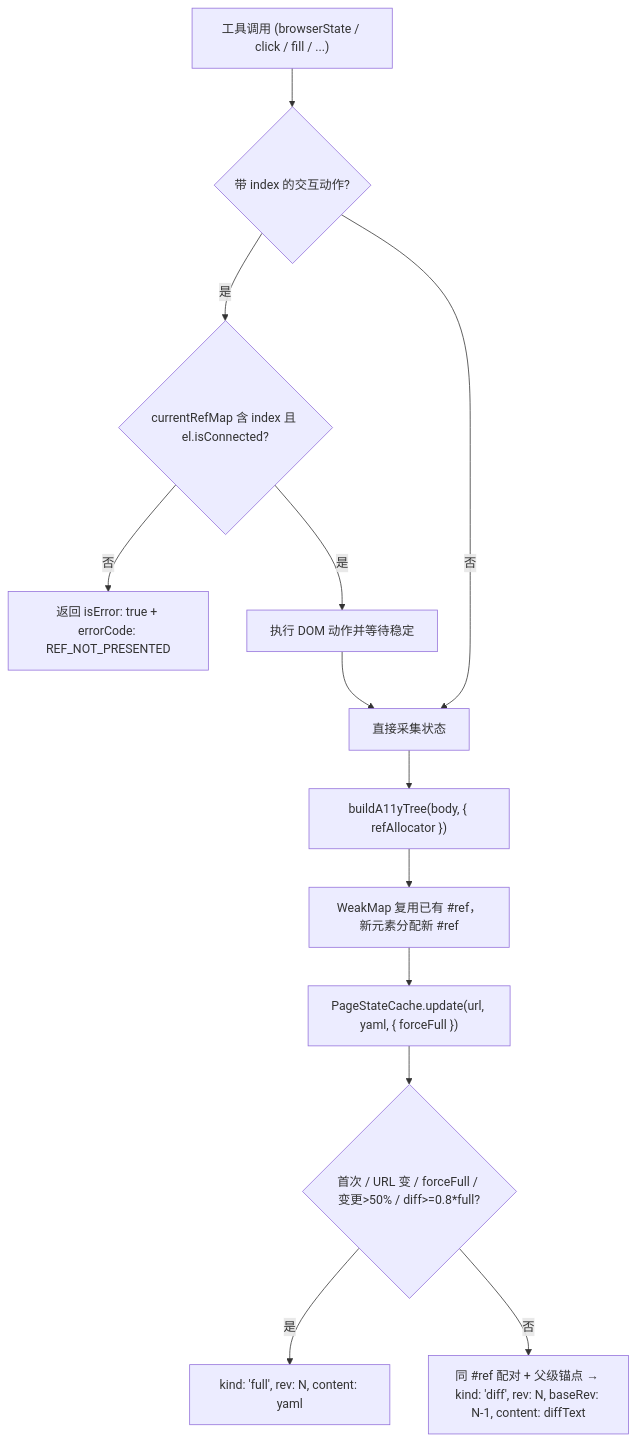
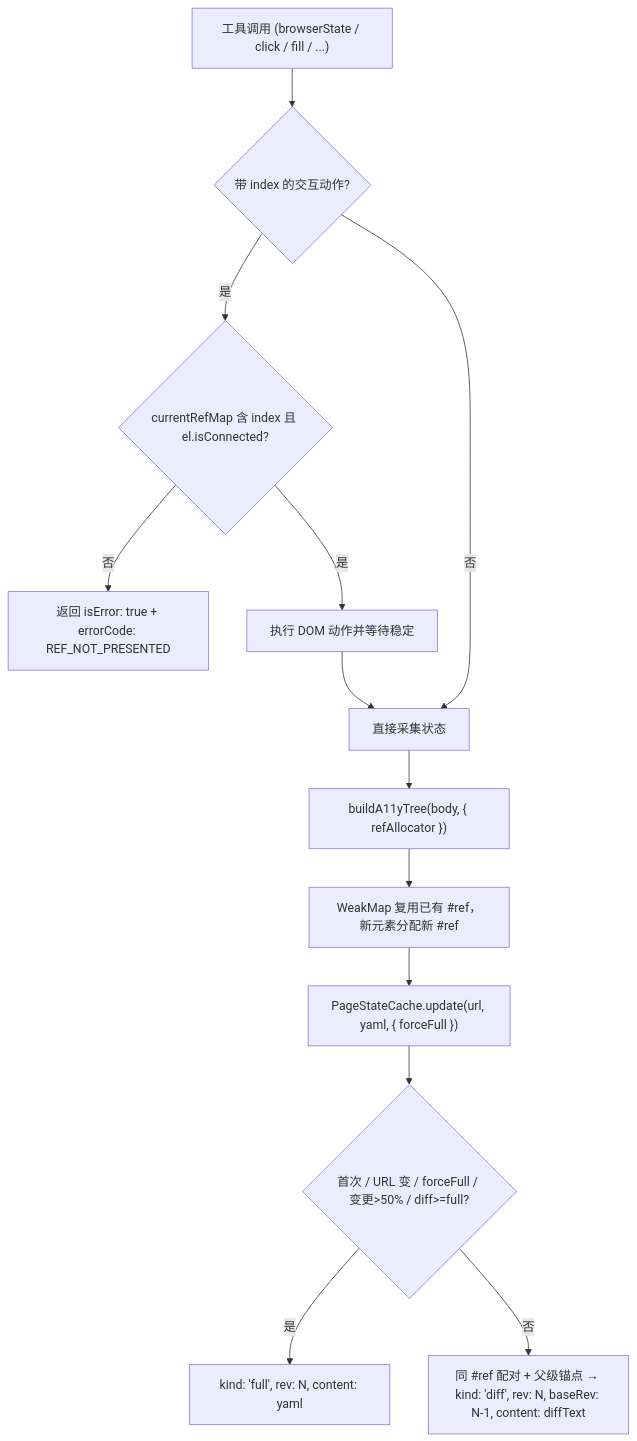
The diagram in packages/next-sdk/specs/REQ-20261123-stable-ref-diff/design.md (opentiny/webmcp-sdk), drawn with Mermaid before and after one commit. The commit also changed other lines of this file and 14 other files, not shown here.

````diff
--- a/packages/next-sdk/specs/REQ-20261123-stable-ref-diff/design.md
+++ b/packages/next-sdk/specs/REQ-20261123-stable-ref-diff/design.md
@@ -128,15 +130,15 @@
 ```mermaid
 flowchart TD
   A["工具调用 (browserState / click / fill / ...)"] --> B{"带 index 的交互动作?"}
   B -->|是| C{"currentRefMap 含 index 且 el.isConnected?"}
   C -->|否| D["返回 isError: true + errorCode: REF_NOT_PRESENTED"]
   C -->|是| E["执行 DOM 动作并等待稳定"]
   B -->|否| F["直接采集状态"]
   E --> F
   F --> G["buildA11yTree(body, { refAllocator })"]
   G --> H["WeakMap 复用已有 #ref，新元素分配新 #ref"]
   H --> I["PageStateCache.update(url, yaml, { forceFull })"]
-  I --> J{"首次 / URL 变 / forceFull / 变更>50% / diff>=0.8*full?"}
+  I --> J{"首次 / URL 变 / forceFull / 变更>50% / diff>=full?"}
   J -->|是| K["kind: 'full', rev: N, content: yaml"]
   J -->|否| L["同 #ref 配对 + 父级锚点 → kind: 'diff', rev: N, baseRev: N-1, content: diffText"]
 ```
````
